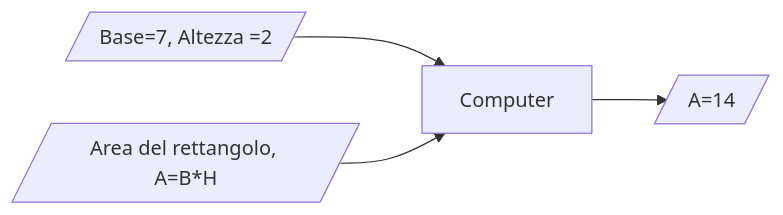
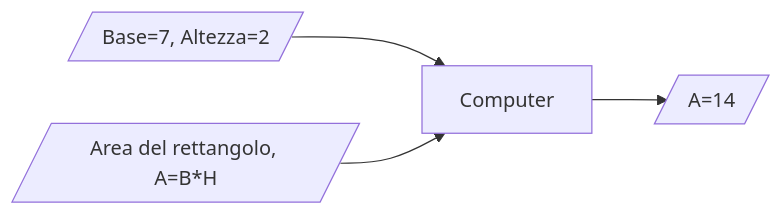
One commit to gdegani/its-meccatronico-programmazione changed the second of 11 diagrams in pages/slides1.md. Above: the diagram before and after it, drawn with Mermaid. The commit also changed other lines of this file and 1 other file, not shown here.

````diff
--- a/pages/slides1.md
+++ b/pages/slides1.md
@@ -149,6 +145,6 @@
 ```mermaid {scale: 1.2, alt: 'A diagram'}
 flowchart LR
-A[/Base=7, Altezza =2/] --> B[Computer]
-C[/Area del rettangolo, A=B*H /] --> B
-B --> D[/A=14/]
+  A[/Base=7, Altezza=2/] --> B[Computer]
+  C[/Area del rettangolo, A=B*H/] --> B
+  B --> D[/A=14/]
 ```
````
